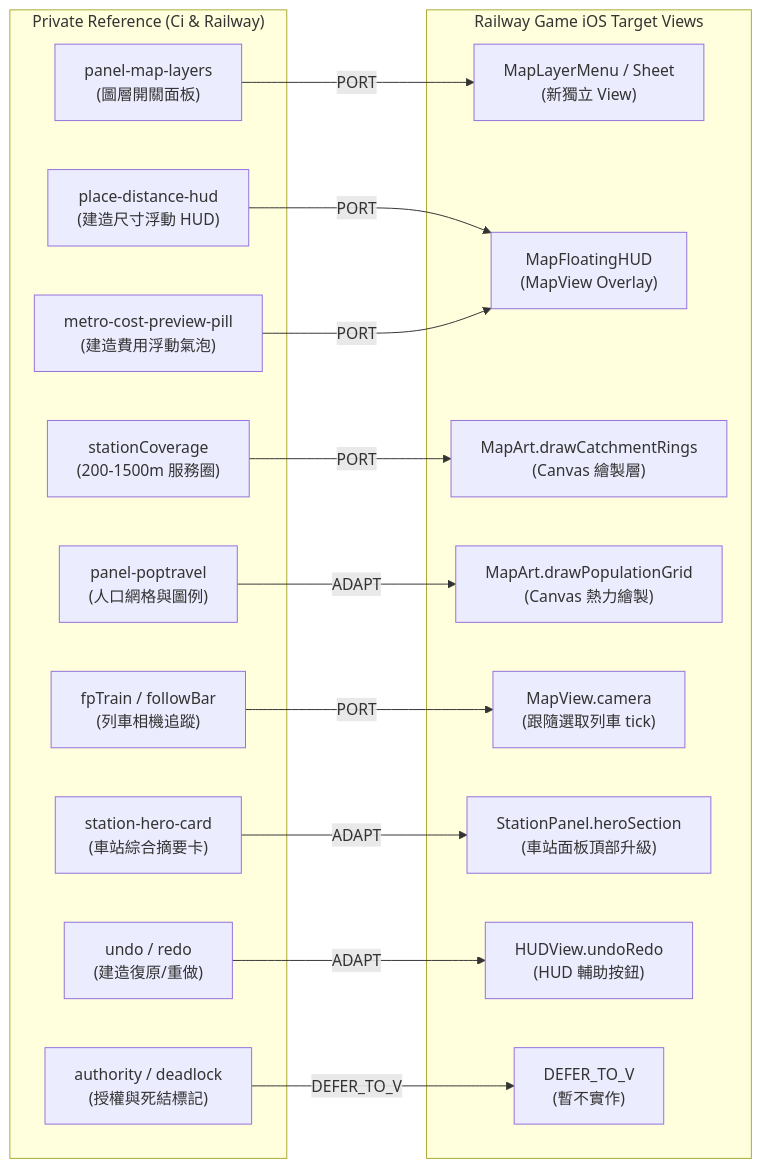
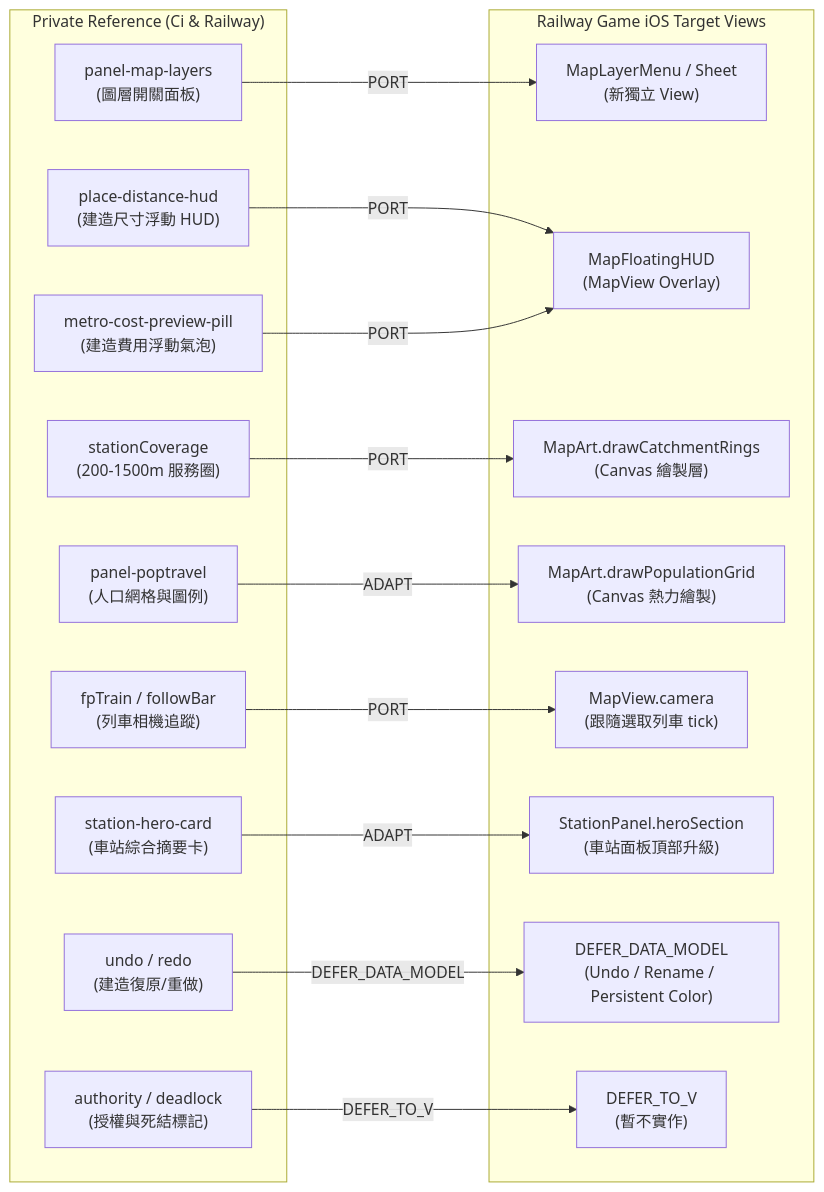
One commit to a91453/railway-game-ios changed the diagram in docs/research/UI_GAP_AND_PORT_PLAN.md. Above: the diagram before and after it, drawn with Mermaid. The commit also changed other lines of this file, not shown here.

````diff
--- a/docs/research/UI_GAP_AND_PORT_PLAN.md
+++ b/docs/research/UI_GAP_AND_PORT_PLAN.md
@@ -95,34 +96,34 @@
 ```mermaid
 flowchart LR
     subgraph Reference ["Private Reference (Ci & Railway)"]
         R1["panel-map-layers<br>(圖層開關面板)"]
         R2["place-distance-hud<br>(建造尺寸浮動 HUD)"]
         R3["metro-cost-preview-pill<br>(建造費用浮動氣泡)"]
         R4["stationCoverage<br>(200-1500m 服務圈)"]
         R5["panel-poptravel<br>(人口網格與圖例)"]
         R6["fpTrain / followBar<br>(列車相機追蹤)"]
         R7["station-hero-card<br>(車站綜合摘要卡)"]
         R8["undo / redo<br>(建造復原/重做)"]
         R9["authority / deadlock<br>(授權與死結標記)"]
     end
 
     subgraph iOS_App ["Railway Game iOS Target Views"]
         V1["MapLayerMenu / Sheet<br>(新獨立 View)"]
         V2["MapFloatingHUD<br>(MapView Overlay)"]
         V3["MapArt.drawCatchmentRings<br>(Canvas 繪製層)"]
         V4["MapArt.drawPopulationGrid<br>(Canvas 熱力繪製)"]
         V5["MapView.camera<br>(跟隨選取列車 tick)"]
         V6["StationPanel.heroSection<br>(車站面板頂部升級)"]
-        V7["HUDView.undoRedo<br>(HUD 輔助按鈕)"]
+        V7["DEFER_DATA_MODEL<br>(Undo / Rename / Persistent Color)"]
         V8["DEFER_TO_V<br>(暫不實作)"]
     end
 
     R1 -->|PORT| V1
     R2 & R3 -->|PORT| V2
     R4 -->|PORT| V3
     R5 -->|ADAPT| V4
     R6 -->|PORT| V5
     R7 -->|ADAPT| V6
-    R8 -->|ADAPT| V7
+    R8 -->|DEFER_DATA_MODEL| V7
     R9 -->|DEFER_TO_V| V8
 ```
````
